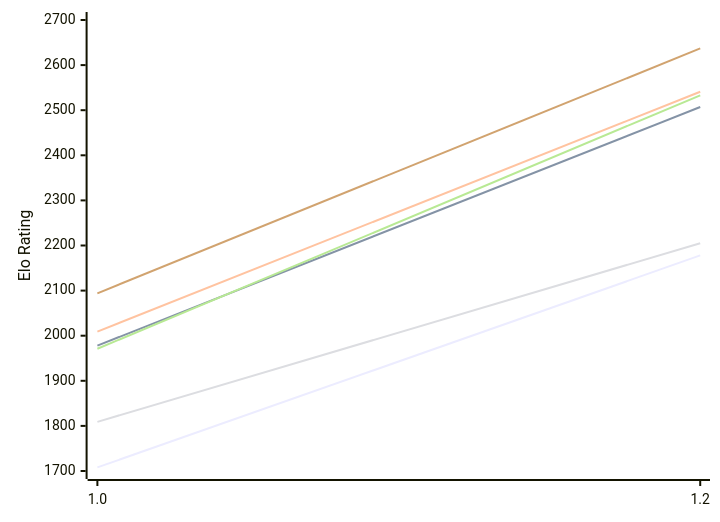
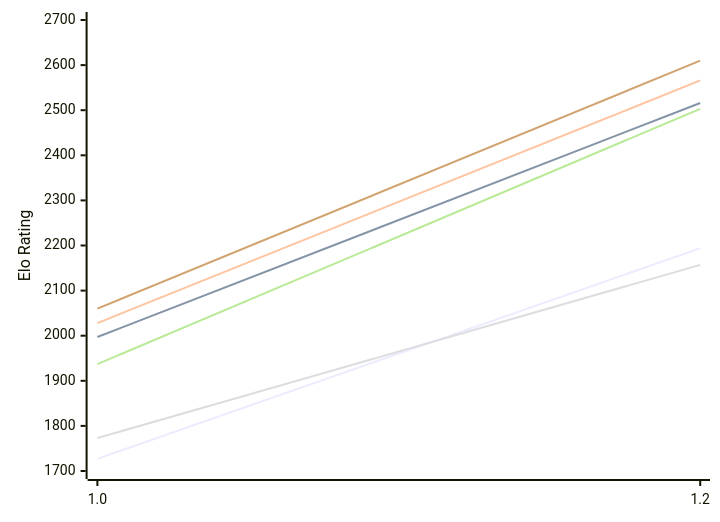
The first of 2 diagrams in engines/Echekinator.md (computer-chess-index/cci), drawn with Mermaid before and after one commit. The commit also changed other lines of this file, not shown here.

Commit message:
Update CCI Ratings (ELO VLTC) - 2026-10-19

````diff
--- a/engines/Echekinator.md
+++ b/engines/Echekinator.md
@@ -50,12 +50,12 @@
 ```mermaid
 %%{init: {"theme":"base","themeVariables":{"seriesColors:['#a3a3a3','#222221','#faa371']}}}%%
 xychart-beta
   x-axis ["1.0", "1.2"]
   y-axis "Elo Rating" 1700 --> 2700
-  line "E1: STC (8.0+0.08s)" [1708, 2178]
-  line "E1: LTC (60.0+0.60s)" [1978, 2507]
-  line "E1: VLTC (2m24s+1.12s)" [2009, 2541]
-  line "P1: STC (8.0+0.08s)" [1809, 2205]
-  line "P1: LTC (60.0+0.60s)" [1971, 2533]
-  line "P1: VLTC (2m24s+1.12s)" [2094, 2637]
+  line "E1: STC (8.0+0.08s)" [1727, 2194]
+  line "E1: LTC (60.0+0.60s)" [1997, 2516]
+  line "E1: VLTC (2m24s+1.12s)" [2028, 2566]
+  line "P1: STC (8.0+0.08s)" [1773, 2157]
+  line "P1: LTC (60.0+0.60s)" [1937, 2503]
+  line "P1: VLTC (2m24s+1.12s)" [2060, 2610]
 ```
````
